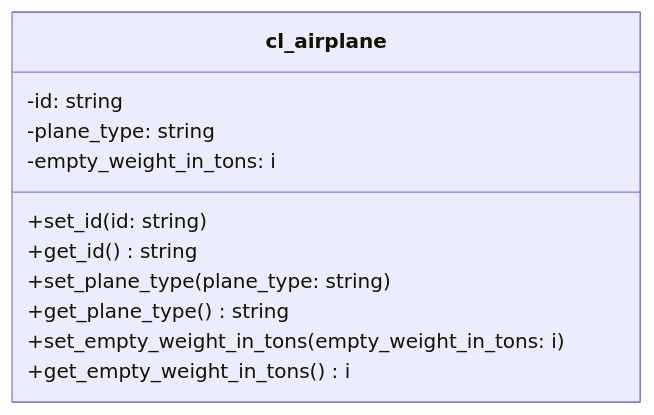
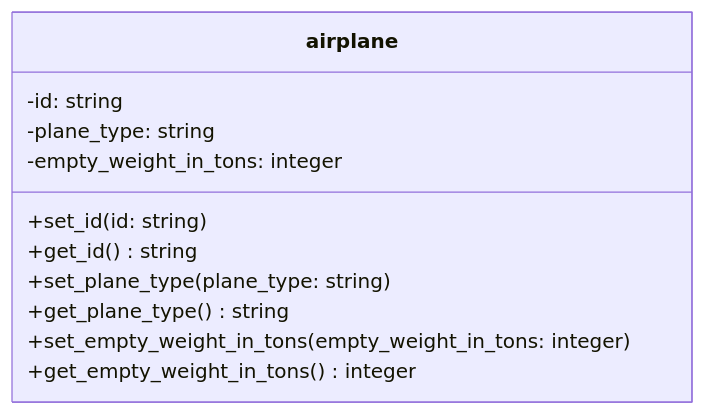
One commit to appenmaier/s4hana changed the diagram in docs/exercises/abap-objects/abap-objects-01.md. Above: the diagram before and after it, drawn with Mermaid. The commit also changed 7 other files, not shown here.

````diff
--- a/docs/exercises/abap-objects/abap-objects-01.md
+++ b/docs/exercises/abap-objects/abap-objects-01.md
@@ -10,14 +10,14 @@
 ```mermaid
 classDiagram
-   class cl_airplane {
+   class airplane {
       -id: string
       -plane_type: string
-      -empty_weight_in_tons: i
+      -empty_weight_in_tons: integer
       +set_id(id: string)
       +get_id() string
       +set_plane_type(plane_type: string)
       +get_plane_type() string
-      +set_empty_weight_in_tons(empty_weight_in_tons: i)
-      +get_empty_weight_in_tons() i
+      +set_empty_weight_in_tons(empty_weight_in_tons: integer)
+      +get_empty_weight_in_tons() integer
    }
 ```
````
